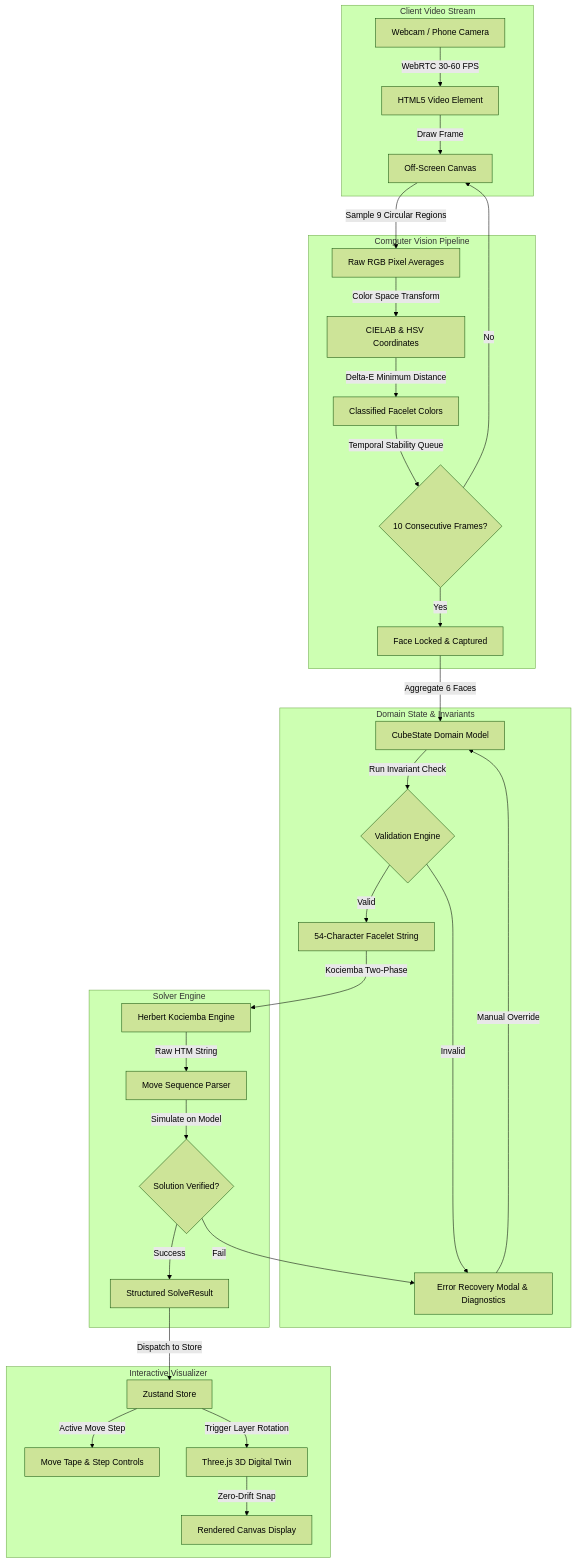
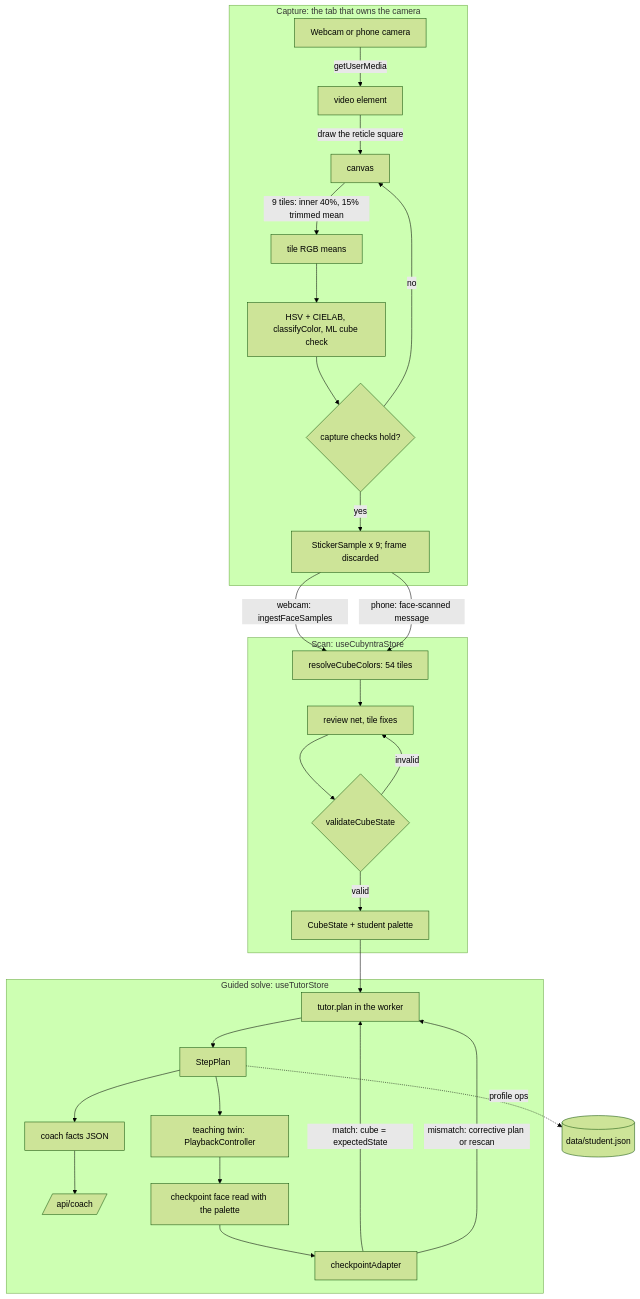
The first of 3 diagrams in docs/DATA_FLOW.md (Necookie-Labs/Cubyntra), drawn with Mermaid (forest theme) before and after one commit. The commit also changed other lines of this file, not shown here.

First line of the commit message:
docs(data-flow): tutor pipeline, real store actions and the synced step

````diff
--- a/docs/DATA_FLOW.md
+++ b/docs/DATA_FLOW.md
@@ -12,39 +12,34 @@
 ```mermaid
 flowchart TD
-    subgraph Client Video Stream
-        CAM[Webcam / Phone Camera] -->|WebRTC 30-60 FPS| VID[HTML5 Video Element]
-        VID -->|Draw Frame| CVS[Off-Screen Canvas]
+    subgraph Capture [Capture: the tab that owns the camera]
+        CAM[Webcam or phone camera] -->|getUserMedia| VID[video element]
+        VID -->|draw the reticle square| CVS[canvas]
+        CVS -->|9 tiles: inner 40%, 15% trimmed mean| PIX[tile RGB means]
+        PIX --> LAB[HSV + CIELAB, classifyColor, ML cube check]
+        LAB --> Q{capture checks hold?}
+        Q -- no --> CVS
+        Q -- yes --> SAMPLES[StickerSample x 9; frame discarded]
     end
 
-    subgraph Computer Vision Pipeline
-        CVS -->|Sample 9 Circular Regions| PIX[Raw RGB Pixel Averages]
-        PIX -->|Color Space Transform| LAB[CIELAB & HSV Coordinates]
-        LAB -->|Delta-E Minimum Distance| CLS[Classified Facelet Colors]
-        CLS -->|Temporal Stability Queue| STB{10 Consecutive Frames?}
-        STB -- No --> CVS
-        STB -- Yes --> LCK[Face Locked & Captured]
+    subgraph Scan [Scan: useCubyntraStore]
+        SAMPLES -->|webcam: ingestFaceSamples| RES[resolveCubeColors: 54 tiles]
+        SAMPLES -->|phone: face-scanned message| RES
+        RES --> REV[review net, tile fixes]
+        REV --> VAL{validateCubeState}
+        VAL -- invalid --> REV
+        VAL -- valid --> CS[CubeState + student palette]
     end
 
-    subgraph Domain State & Invariants
-        LCK -->|Aggregate 6 Faces| CS[CubeState Domain Model]
-        CS -->|Run Invariant Check| VAL{Validation Engine}
-        VAL -- Invalid --> ERR[Error Recovery Modal & Diagnostics]
-        ERR -->|Manual Override| CS
-        VAL -- Valid --> STR[54-Character Facelet String]
+    subgraph Solve [Guided solve: useTutorStore]
+        CS --> PLAN[tutor.plan in the worker]
+        PLAN --> STEP[StepPlan]
+        STEP --> TWIN[teaching twin: PlaybackController]
+        STEP --> FACTS[coach facts JSON] --> COACH[/api/coach/]
+        TWIN --> CHECK[checkpoint face read with the palette]
+        CHECK --> ADAPT[checkpointAdapter]
+        ADAPT -->|match: cube = expectedState| PLAN
+        ADAPT -->|mismatch: corrective plan or rescan| PLAN
     end
 
-    subgraph Solver Engine
-        STR -->|Kociemba Two-Phase| SOLV[Herbert Kociemba Engine]
-        SOLV -->|Raw HTM String| PRS[Move Sequence Parser]
-        PRS -->|Simulate on Model| VRF{Solution Verified?}
-        VRF -- Fail --> ERR
-        VRF -- Success --> RES[Structured SolveResult]
-    end
-
-    subgraph Interactive Visualizer
-        RES -->|Dispatch to Store| ZST[Zustand Store]
-        ZST -->|Active Move Step| UI[Move Tape & Step Controls]
-        ZST -->|Trigger Layer Rotation| T3D[Three.js 3D Digital Twin]
-        T3D -->|Zero-Drift Snap| SCRN[Rendered Canvas Display]
-    end
+    STEP -.->|profile ops| PROF[(data/student.json)]
 ```
````
